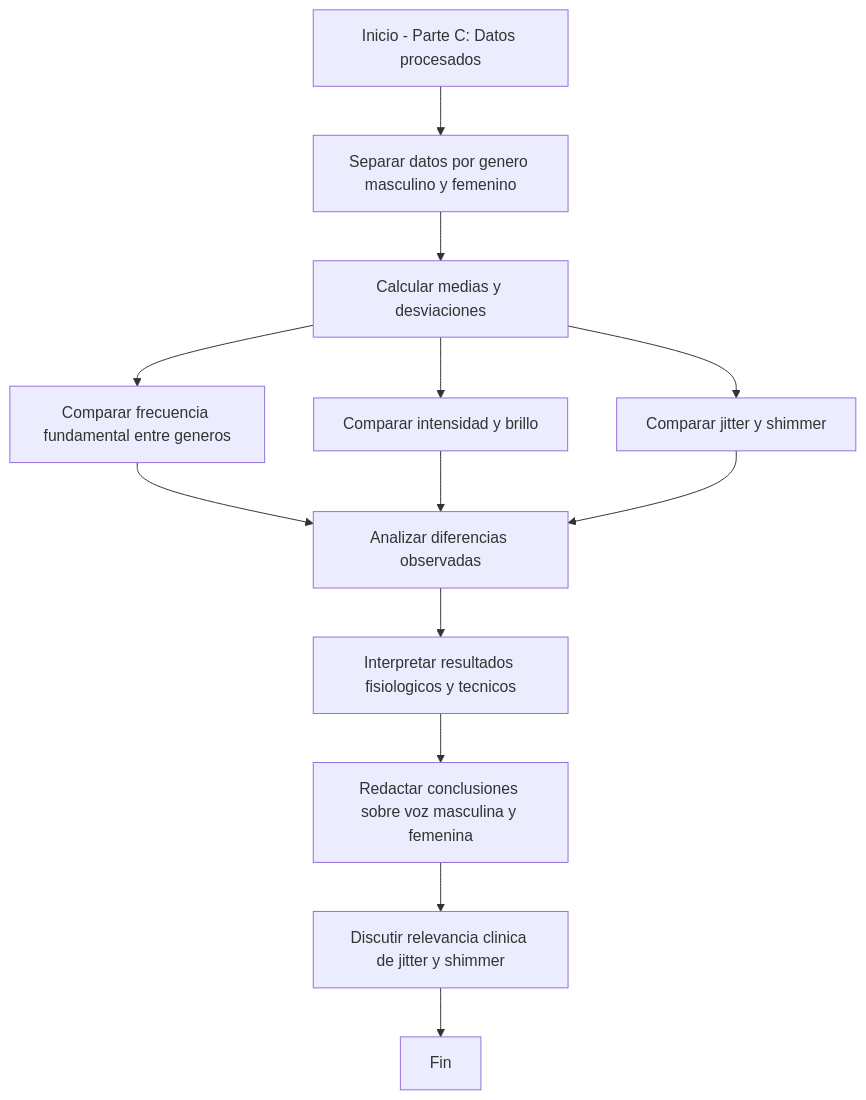
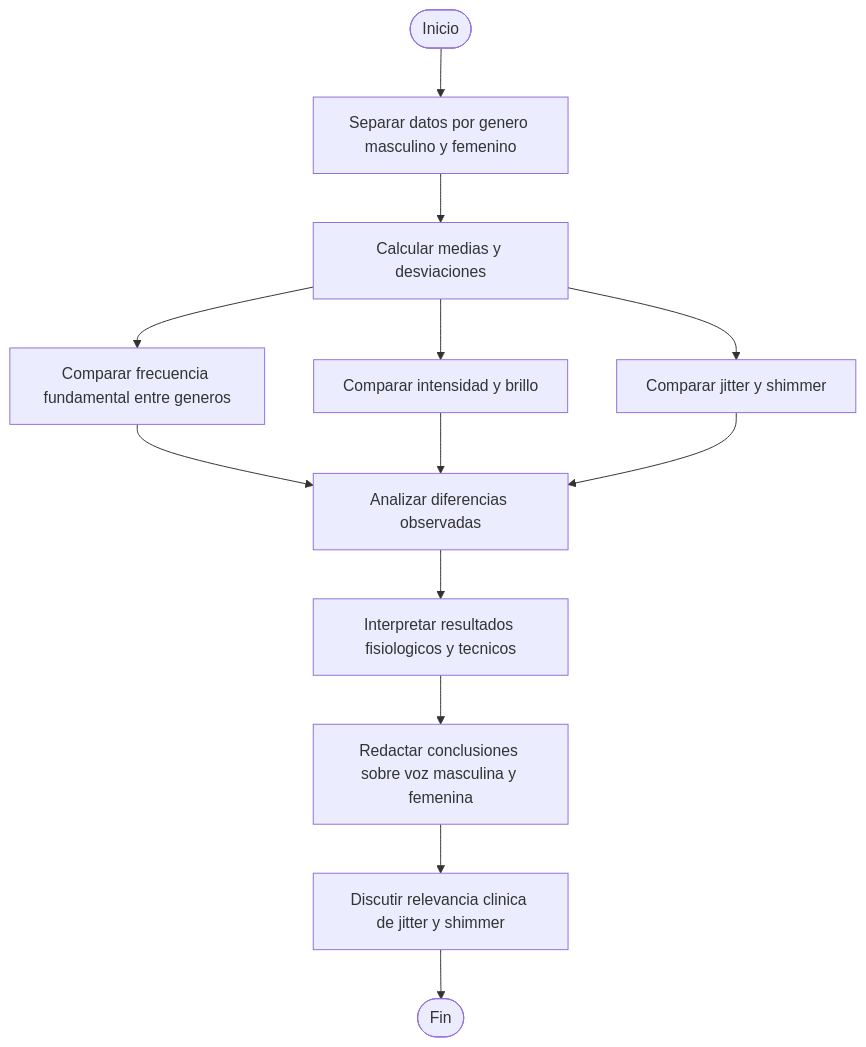
One commit to LauraDaniela09/Laboratorio_3 changed the third of 3 diagrams in README.md. Above: the diagram before and after it, drawn with Mermaid. The commit also changed other lines of this file, not shown here.

````diff
--- a/README.md
+++ b/README.md
@@ -814,15 +815,15 @@
 ```mermaid
 flowchart TD
-  A[Inicio - Parte C: Datos procesados] --> B[Separar datos por genero masculino y femenino]
+  A([Inicio]) --> B[Separar datos por genero masculino y femenino]
   B --> C[Calcular medias y desviaciones]
   C --> D[Comparar frecuencia fundamental entre generos]
   C --> E[Comparar intensidad y brillo]
   C --> F[Comparar jitter y shimmer]
   D --> G[Analizar diferencias observadas]
   E --> G
   F --> G
   G --> H[Interpretar resultados fisiologicos y tecnicos]
   H --> I[Redactar conclusiones sobre voz masculina y femenina]
   I --> J[Discutir relevancia clinica de jitter y shimmer]
-  J --> K[Fin]
+  J --> K([Fin])
 ```
````
